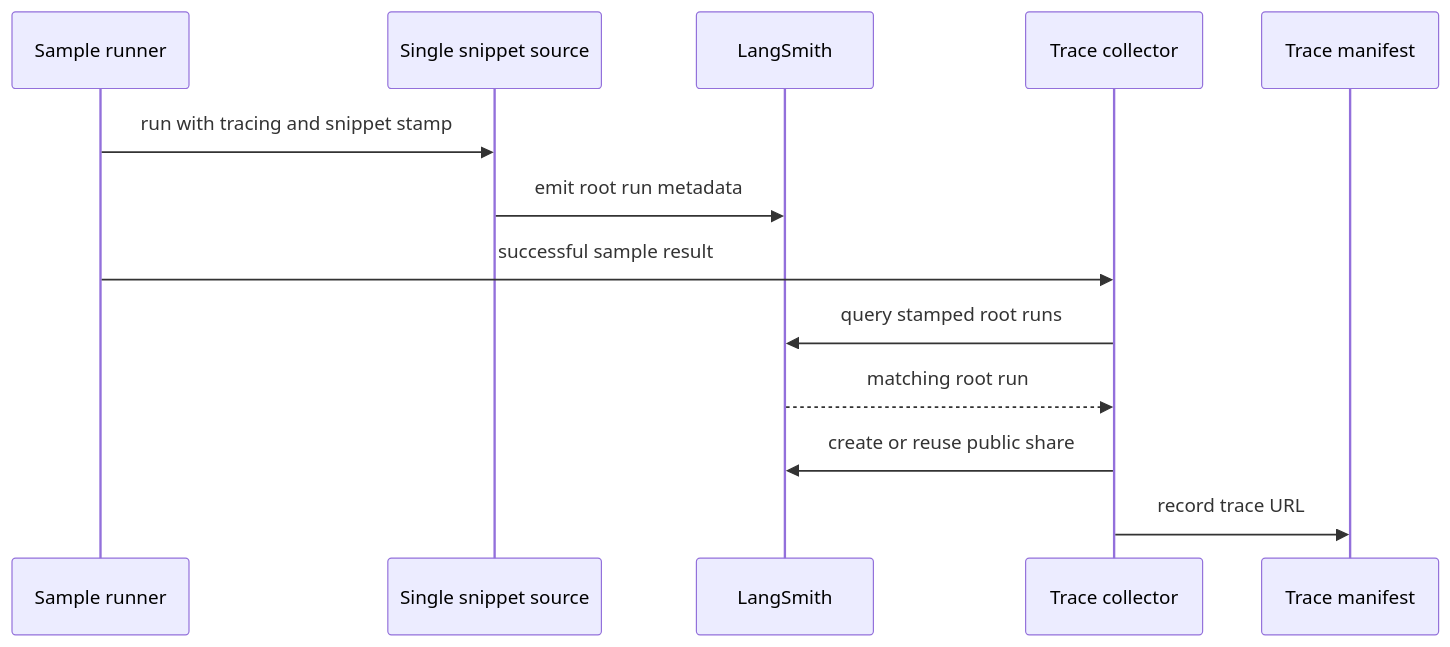
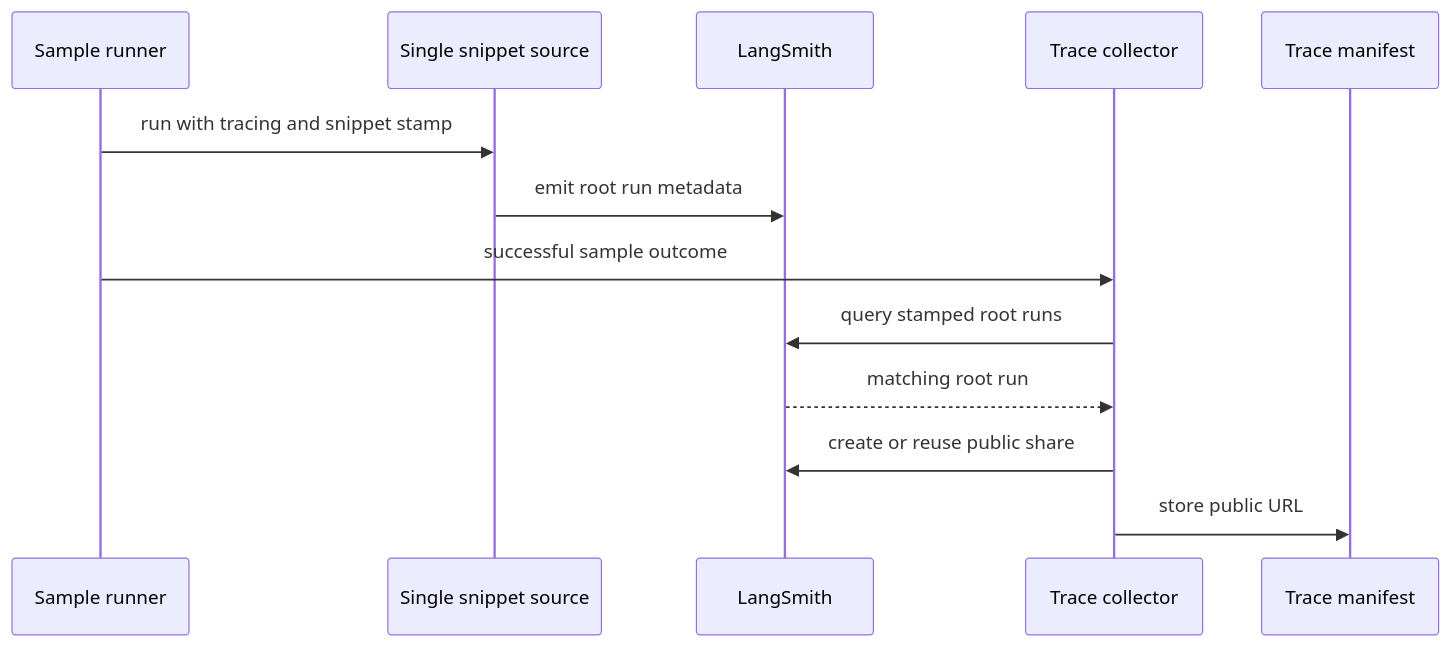
Before and after one commit to langchain-ai/docs: the second of 2 diagrams in openwiki/workflows/code-sample-lifecycle.md, drawn with Mermaid. The commit also changed other lines of this file and 45 other files, not shown here.

````diff
--- a/openwiki/workflows/code-sample-lifecycle.md
+++ b/openwiki/workflows/code-sample-lifecycle.md
@@ -146,15 +117,15 @@
 ```mermaid
 sequenceDiagram
   participant Runner as Sample runner
-  participant Sample as Single snippet source
+  participant Source as Single snippet source
   participant Service as LangSmith
   participant Collector as Trace collector
   participant Manifest as Trace manifest
-  Runner->>Sample: run with tracing and snippet stamp
-  Sample->>Service: emit root run metadata
-  Runner->>Collector: successful sample result
+  Runner->>Source: run with tracing and snippet stamp
+  Source->>Service: emit root run metadata
+  Runner->>Collector: successful sample outcome
   Collector->>Service: query stamped root runs
   Service-->>Collector: matching root run
   Collector->>Service: create or reuse public share
-  Collector->>Manifest: record trace URL
+  Collector->>Manifest: store public URL
 ```
````
